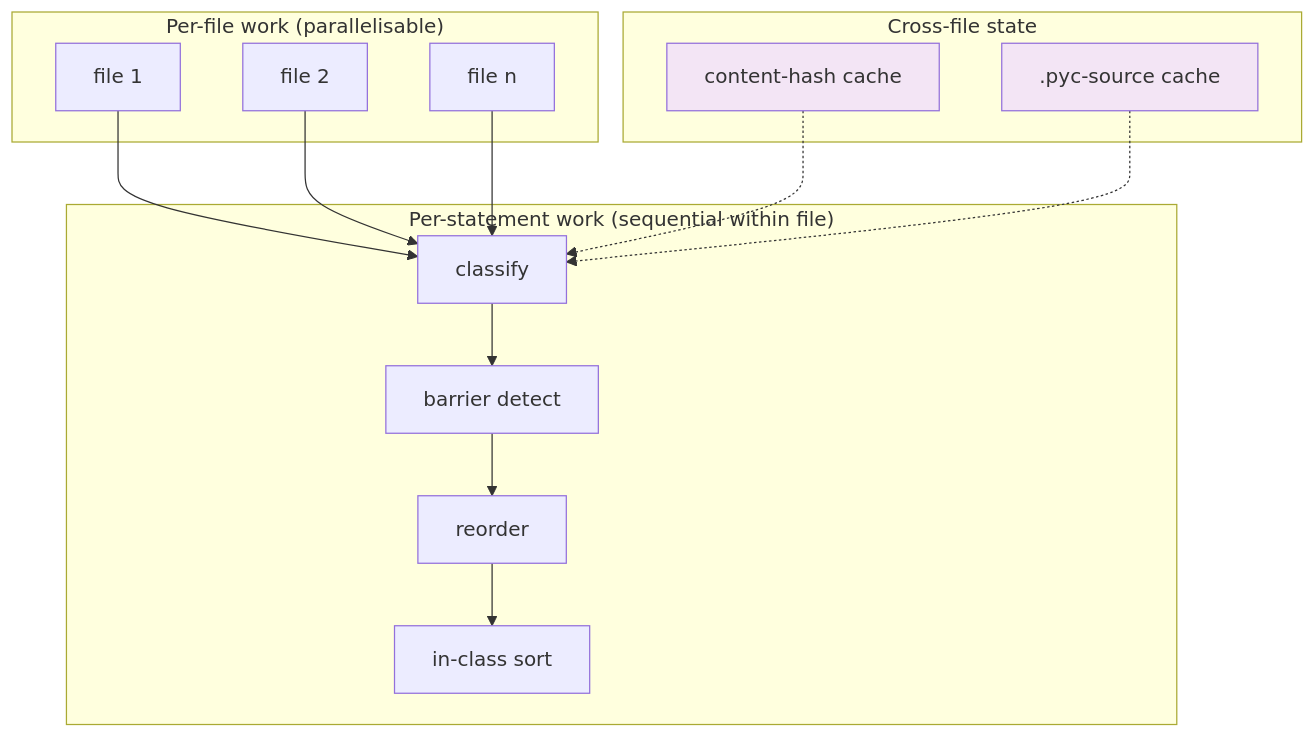
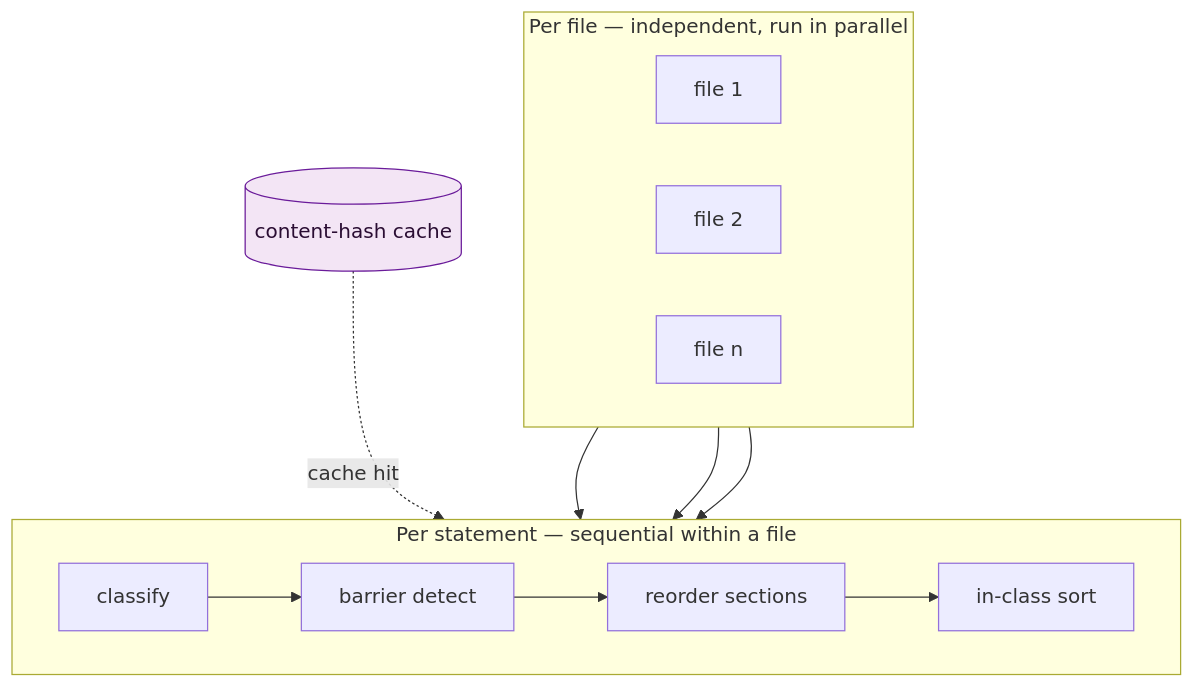
The second of 2 diagrams in docs/architecture.md (jr2804/clean-sort), drawn with Mermaid before and after one commit. The commit also changed other lines of this file and 1 other file, not shown here.

First line of the commit message:
fix(docs): render Mermaid diagrams and drop a fabricated cache

````diff
--- a/docs/architecture.md
+++ b/docs/architecture.md
@@ -73,26 +72,24 @@
 ```mermaid
 flowchart TB
-    subgraph "Per-file work (parallelisable)"
-      F1[file 1]
-      F2[file 2]
-      F3[file n]
+    subgraph files["Per file — independent, run in parallel"]
+        direction LR
+        File1["file 1"]
+        File2["file 2"]
+        FileN["file n"]
     end
-    subgraph "Per-statement work (sequential within file)"
-      S1[classify]
-      S2[barrier detect]
-      S3[reorder]
-      S4[in-class sort]
+    subgraph stages["Per statement — sequential within a file"]
+        direction LR
+        Classify["classify"] --> Barrier["barrier detect"]
+        Barrier --> Reorder["reorder sections"]
+        Reorder --> MethodSort["in-class sort"]
     end
-    subgraph "Cross-file state"
-      C1[content-hash cache]
-      C2[.pyc-source cache]
-    end
-    F1 --> S1 --> S2 --> S3 --> S4
-    F2 --> S1
-    F3 --> S1
-    C1 -.-> S1
-    C2 -.-> S1
+    Cache[("content-hash cache")]
 
-    style C1 fill:#f3e5f5
-    style C2 fill:#f3e5f5
+    File1 --> Classify
+    File2 --> Classify
+    FileN --> Classify
+    Cache -.->|cache hit| Classify
+
+    classDef cache fill:#f3e5f5,stroke:#6a1b9a,color:#2a0d33
+    class Cache cache
 ```
````
